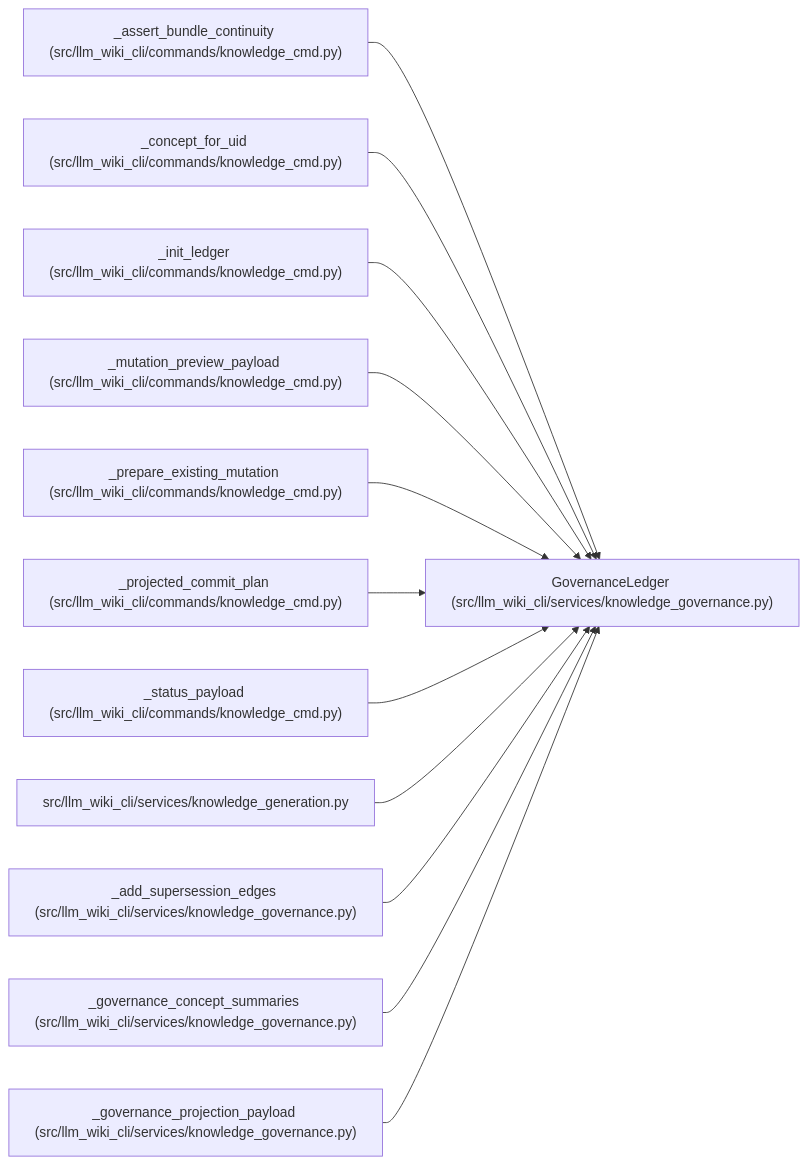
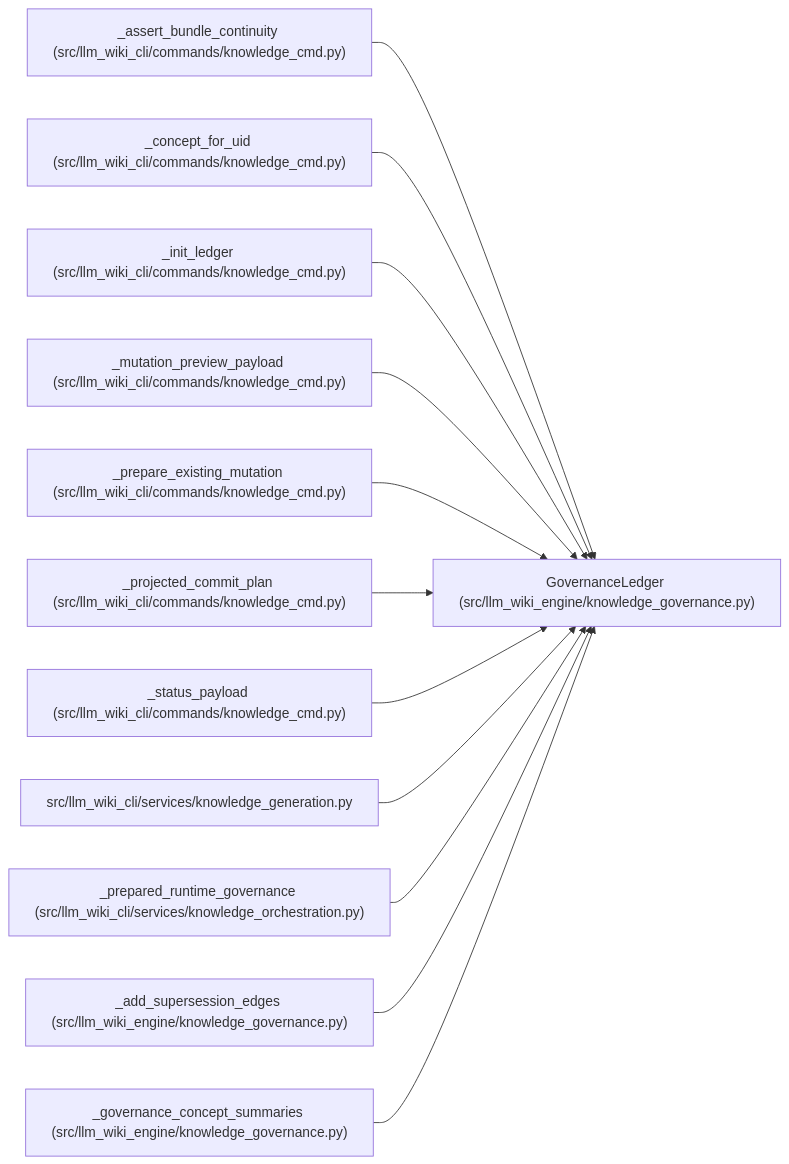
One commit to Denissvgn/python-wiki-llm changed the diagram in docs/llm_wiki/entities/GovernanceLedger.md. Above: the diagram before and after it, drawn with Mermaid. The commit also changed other lines of this file and 1058 other files, not shown here.

First line of the commit message:
docs: refresh the wiki for the knowledge store move

````diff
--- a/docs/llm_wiki/entities/GovernanceLedger.md
+++ b/docs/llm_wiki/entities/GovernanceLedger.md
@@ -38,38 +38,38 @@
 ```mermaid
 flowchart LR
-    n0["GovernanceLedger (src/llm_wiki_cli/services/knowledge_governance.py)"]
+    n0["GovernanceLedger (src/llm_wiki_engine/knowledge_governance.py)"]
     n1["_assert_bundle_continuity (src/llm_wiki_cli/commands/knowledge_cmd.py)"]
     n2["_concept_for_uid (src/llm_wiki_cli/commands/knowledge_cmd.py)"]
     n3["_init_ledger (src/llm_wiki_cli/commands/knowledge_cmd.py)"]
     n4["_mutation_preview_payload (src/llm_wiki_cli/commands/knowledge_cmd.py)"]
     n5["_prepare_existing_mutation (src/llm_wiki_cli/commands/knowledge_cmd.py)"]
     n6["_projected_commit_plan (src/llm_wiki_cli/commands/knowledge_cmd.py)"]
     n7["_status_payload (src/llm_wiki_cli/commands/knowledge_cmd.py)"]
     n8["src/llm_wiki_cli/services/knowledge_generation.py"]
-    n9["_add_supersession_edges (src/llm_wiki_cli/services/knowledge_governance.py)"]
-    n10["_governance_concept_summaries (src/llm_wiki_cli/services/knowledge_governance.py)"]
-    n11["_governance_projection_payload (src/llm_wiki_cli/services/knowledge_governance.py)"]
+    n9["_prepared_runtime_governance (src/llm_wiki_cli/services/knowledge_orchestration.py)"]
+    n10["_add_supersession_edges (src/llm_wiki_engine/knowledge_governance.py)"]
+    n11["_governance_concept_summaries (src/llm_wiki_engine/knowledge_governance.py)"]
     n1 --> n0
     n2 --> n0
     n3 --> n0
     n4 --> n0
     n5 --> n0
     n6 --> n0
     n7 --> n0
     n8 --> n0
     n9 --> n0
     n10 --> n0
     n11 --> n0
     click n0 "../modules/knowledge_governance.md"
     click n1 "../modules/knowledge_cmd.md"
     click n2 "../modules/knowledge_cmd.md"
     click n3 "../modules/knowledge_cmd.md"
     click n4 "../modules/knowledge_cmd.md"
     click n5 "../modules/knowledge_cmd.md"
     click n6 "../modules/knowledge_cmd.md"
     click n7 "../modules/knowledge_cmd.md"
     click n8 "../modules/knowledge_generation.md"
-    click n9 "../modules/knowledge_governance.md"
+    click n9 "../modules/knowledge_orchestration.md"
     click n10 "../modules/knowledge_governance.md"
     click n11 "../modules/knowledge_governance.md"
 ```
````
